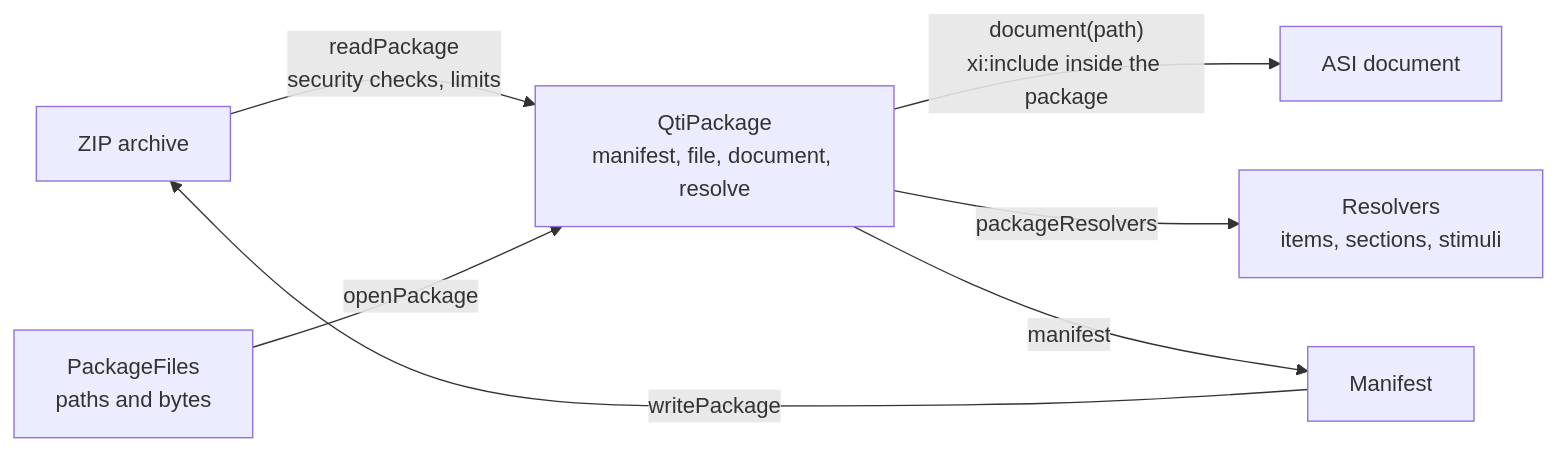
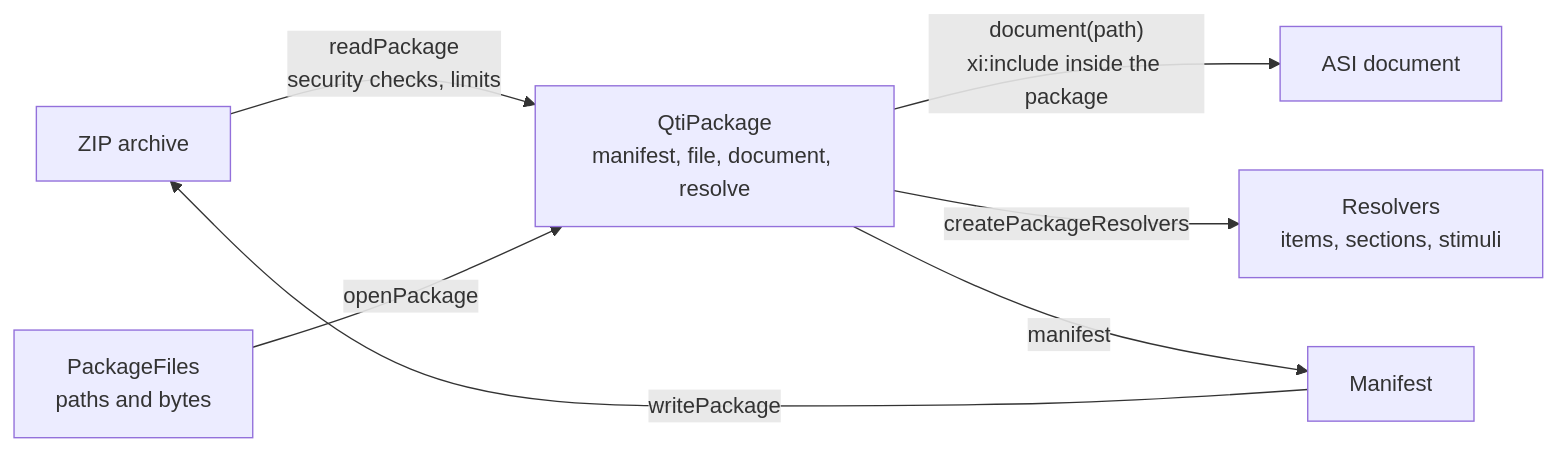
One commit to assesskit/assesskit changed the diagram in docs/runtime/package.md. Above: the diagram before and after it, drawn with Mermaid. The commit also changed other lines of this file and 285 other files, not shown here.

````diff
--- a/docs/runtime/package.md
+++ b/docs/runtime/package.md
@@ -7,13 +7,13 @@
 ```mermaid
 flowchart LR
   zip["ZIP archive"]
   files["PackageFiles<br/>paths and bytes"]
   pkg["QtiPackage<br/>manifest, file, document, resolve"]
   engine["Resolvers<br/>items, sections, stimuli"]
   zip -- "readPackage<br/>security checks, limits" --> pkg
   files -- "openPackage" --> pkg
   pkg -- "document(path)<br/>xi:include inside the package" --> asi["ASI document"]
-  pkg -- "packageResolvers" --> engine
+  pkg -- "createPackageResolvers" --> engine
   manifest["Manifest"] -- "writePackage" --> zip
   pkg -- "manifest" --> manifest
 ```
````
